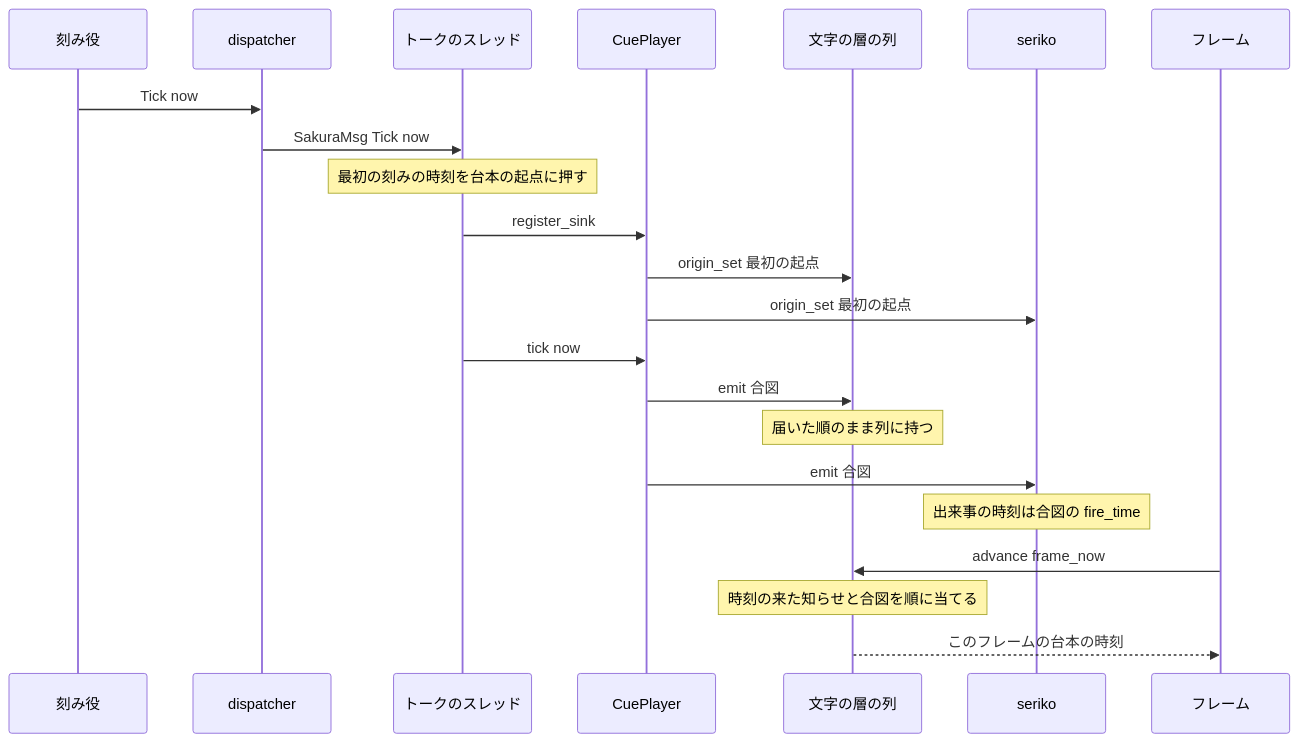
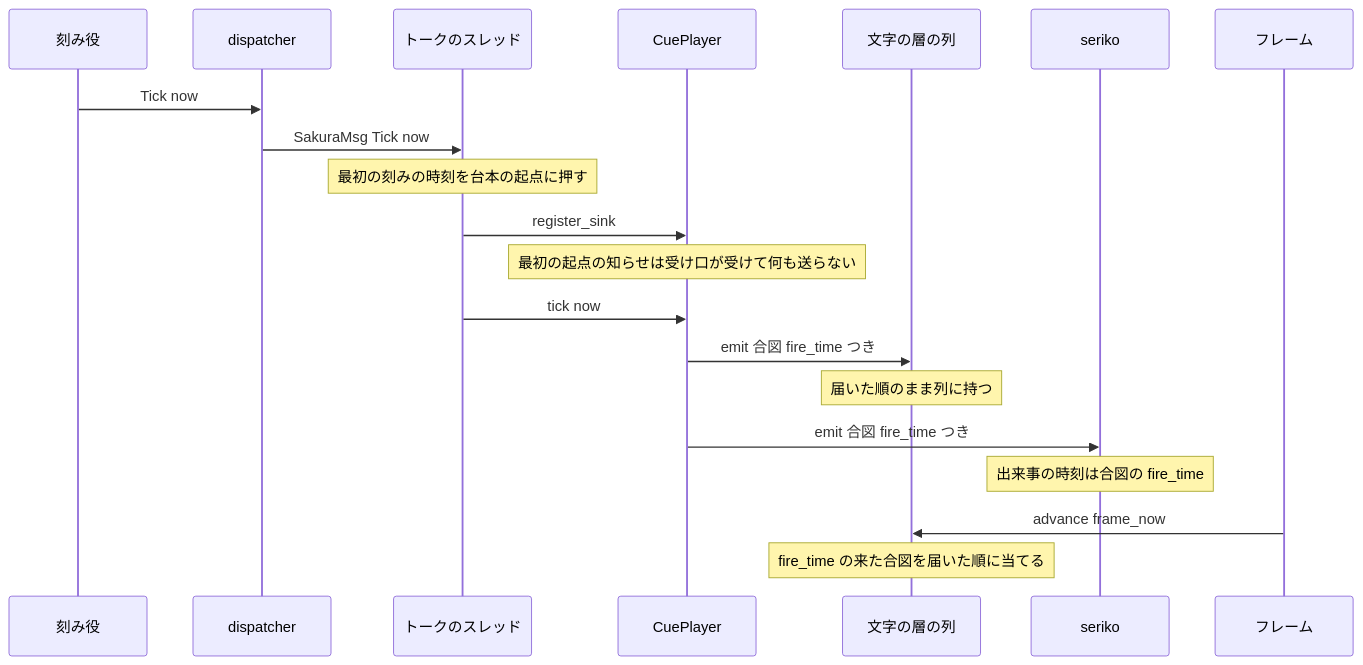
The third of 4 diagrams in .kiro/specs/dola-interrupt-ticks/design.md (ekicyou/areka), drawn with Mermaid before and after one commit. The commit also changed other lines of this file and 2 other files, not shown here.

````diff
--- a/.kiro/specs/dola-interrupt-ticks/design.md
+++ b/.kiro/specs/dola-interrupt-ticks/design.md
@@ -329,24 +336,22 @@
 ```mermaid
 sequenceDiagram
     participant Ticker as 刻み役
     participant Disp as dispatcher
     participant TalkT as トークのスレッド
     participant Player as CuePlayer
     participant Text as 文字の層の列
     participant Seriko as seriko
     participant Frame as フレーム
     Ticker->>Disp: Tick now
     Disp->>TalkT: SakuraMsg Tick now
     Note over TalkT: 最初の刻みの時刻を台本の起点に押す
     TalkT->>Player: register_sink
-    Player->>Text: origin_set 最初の起点
-    Player->>Seriko: origin_set 最初の起点
+    Note over Player: 最初の起点の知らせは受け口が受けて何も送らない
     TalkT->>Player: tick now
-    Player->>Text: emit 合図
+    Player->>Text: emit 合図 fire_time つき
     Note over Text: 届いた順のまま列に持つ
-    Player->>Seriko: emit 合図
+    Player->>Seriko: emit 合図 fire_time つき
     Note over Seriko: 出来事の時刻は合図の fire_time
     Frame->>Text: advance frame_now
-    Note over Text: 時刻の来た知らせと合図を順に当てる
-    Text-->>Frame: このフレームの台本の時刻
+    Note over Text: fire_time の来た合図を届いた順に当てる
 ```
````
